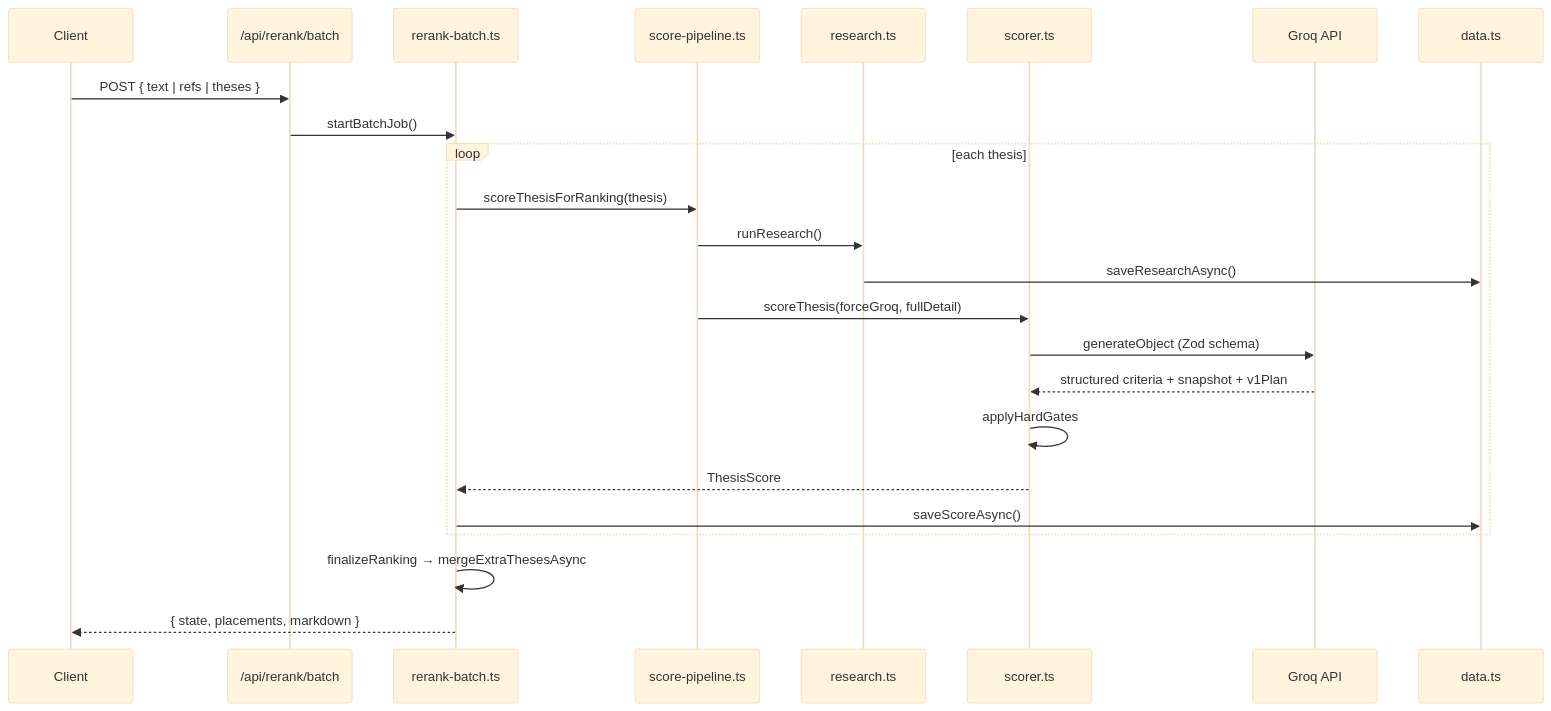
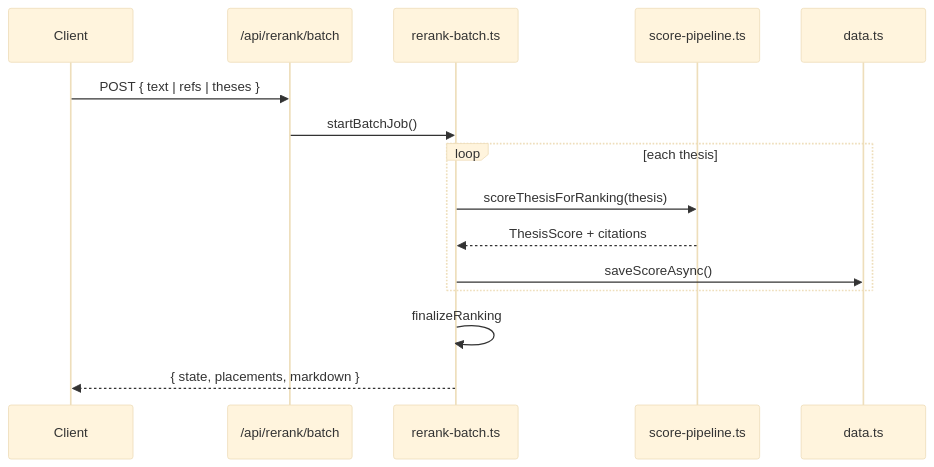
One commit to Manoj7ar/Hatch105-Project changed diagram 14 of 31 in README.md. Above: the diagram before and after it, drawn with Mermaid (base theme). The commit also changed other lines of this file and 47 other files, not shown here.

````diff
--- a/README.md
+++ b/README.md
@@ -531,27 +504,18 @@
 ```mermaid
 sequenceDiagram
   participant Client
   participant Batch as /api/rerank/batch
   participant RB as rerank-batch.ts
   participant SP as score-pipeline.ts
-  participant Res as research.ts
-  participant Sc as scorer.ts
-  participant Groq as Groq API
   participant Data as data.ts
 
   Client->>Batch: POST { text | refs | theses }
   Batch->>RB: startBatchJob()
   loop each thesis
     RB->>SP: scoreThesisForRanking(thesis)
-    SP->>Res: runResearch()
-    Res->>Data: saveResearchAsync()
-    SP->>Sc: scoreThesis(forceGroq, fullDetail)
-    Sc->>Groq: generateObject (Zod schema)
-    Groq-->>Sc: structured criteria + snapshot + v1Plan
-    Sc->>Sc: applyHardGates
-    Sc-->>RB: ThesisScore
+    SP-->>RB: ThesisScore + citations
     RB->>Data: saveScoreAsync()
   end
-  RB->>RB: finalizeRanking → mergeExtraThesesAsync
+  RB->>RB: finalizeRanking
   RB-->>Client: { state, placements, markdown }
 ```
````
